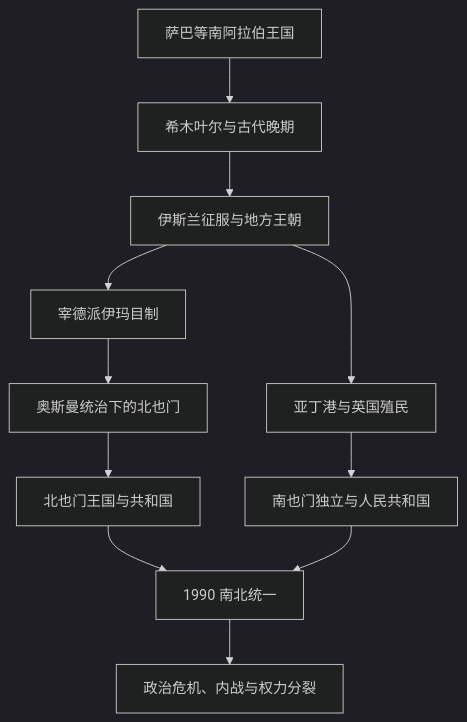
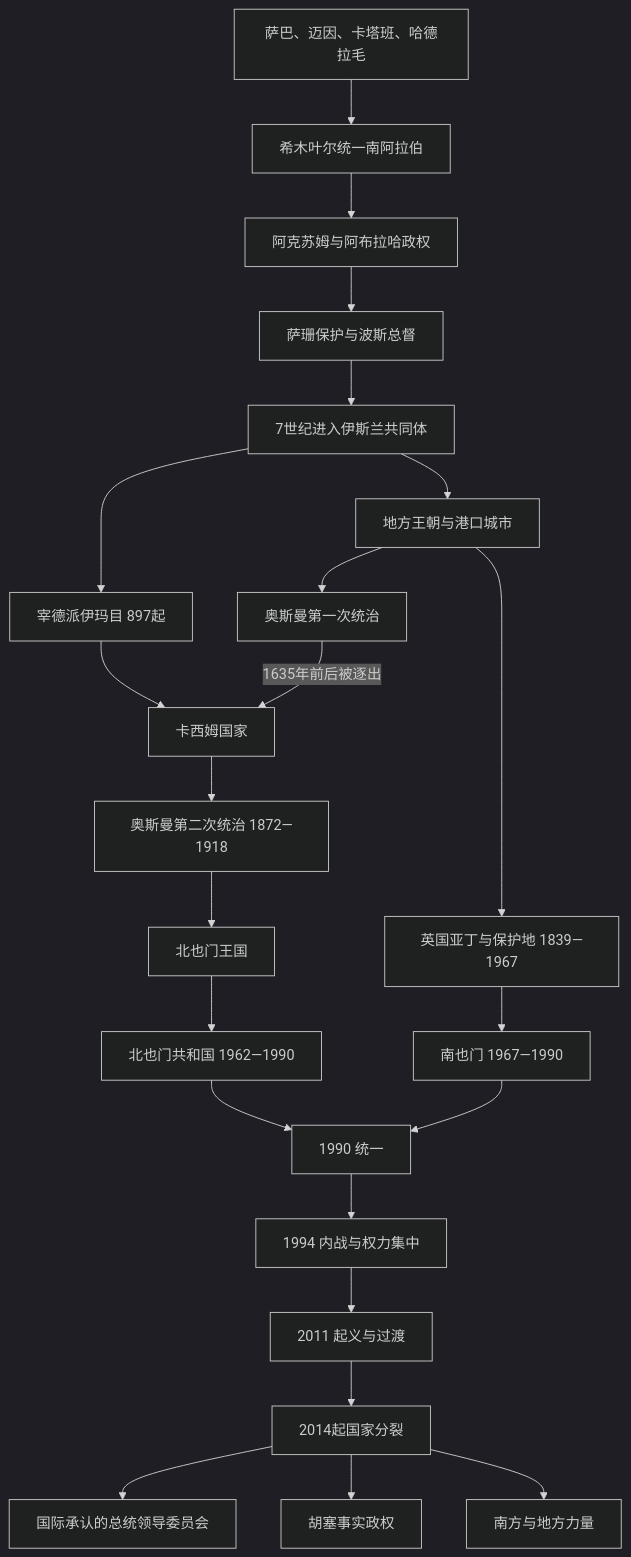
One commit to tianlan-dev/learning-notes changed the diagram in 人文科学/历史/西亚/阿拉伯半岛/也门/README.md. Above: the diagram before and after it, drawn with Mermaid (dark theme). The commit also changed other lines of this file and 1417 other files, not shown here.

````diff
--- a/人文科学/历史/西亚/阿拉伯半岛/也门/README.md
+++ b/人文科学/历史/西亚/阿拉伯半岛/也门/README.md
@@ -13,13 +11,25 @@
 ```mermaid
 flowchart TD
-    Saba["萨巴等南阿拉伯王国"] --> Himyar["希木叶尔与古代晚期"]
-    Himyar --> Islam["伊斯兰征服与地方王朝"]
-    Islam --> Zaydi["宰德派伊玛目制"]
-    Zaydi --> Ottoman["奥斯曼统治下的北也门"]
-    Islam --> Aden["亚丁港与英国殖民"]
-    Ottoman --> North["北也门王国与共和国"]
-    Aden --> South["南也门独立与人民共和国"]
-    North --> Unity["1990 南北统一"]
-    South --> Unity
-    Unity --> Crisis["政治危机、内战与权力分裂"]
+    Kingdoms["萨巴、迈因、卡塔班、哈德拉毛"] --> Himyar["希木叶尔统一南阿拉伯"]
+    Himyar --> Aksum["阿克苏姆与阿布拉哈政权"]
+    Aksum --> Sasanian["萨珊保护与波斯总督"]
+    Sasanian --> Islam["7世纪进入伊斯兰共同体"]
+    Islam --> Dynasties["地方王朝与港口城市"]
+    Islam --> Zaydi["宰德派伊玛目 897起"]
+    Dynasties --> Ottoman1["奥斯曼第一次统治"]
+    Zaydi --> Qasimid["卡西姆国家"]
+    Ottoman1 -->|1635年前后被逐出| Qasimid
+    Qasimid --> Ottoman2["奥斯曼第二次统治 1872—1918"]
+    Dynasties --> Aden["英国亚丁与保护地 1839—1967"]
+    Ottoman2 --> NorthKingdom["北也门王国"]
+    NorthKingdom --> NorthRepublic["北也门共和国 1962—1990"]
+    Aden --> SouthState["南也门 1967—1990"]
+    NorthRepublic --> Unity["1990 统一"]
+    SouthState --> Unity
+    Unity --> War94["1994 内战与权力集中"]
+    War94 --> Crisis11["2011 起义与过渡"]
+    Crisis11 --> Split14["2014起国家分裂"]
+    Split14 --> PLC["国际承认的总统领导委员会"]
+    Split14 --> Houthi["胡塞事实政权"]
+    Split14 --> SouthLocal["南方与地方力量"]
 ```
````
